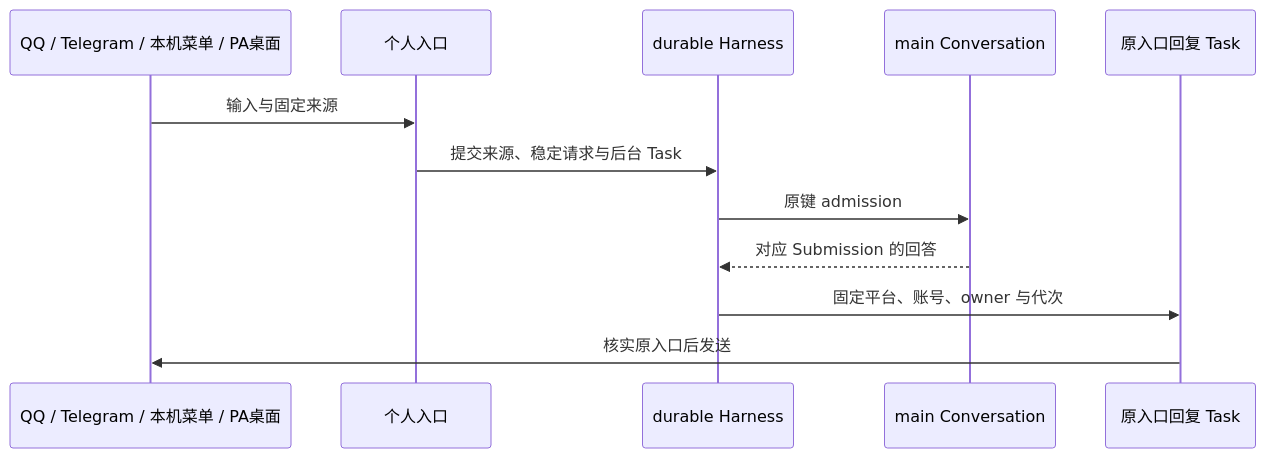
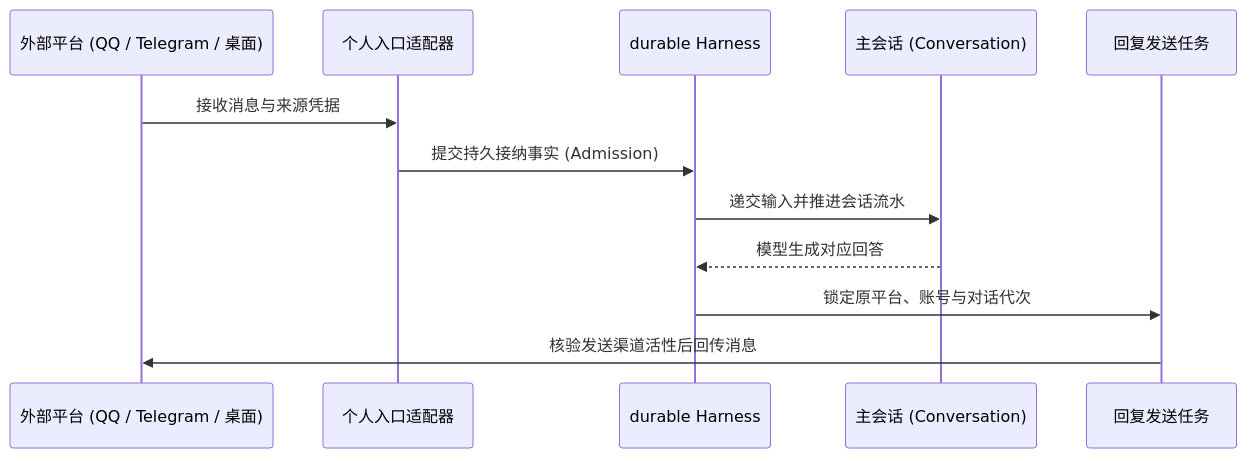
One commit to num-lab/Ruukoto changed the second of 4 diagrams in docs/architecture.md. Above: the diagram before and after it, drawn with Mermaid. The commit also changed other lines of this file and 19 other files, not shown here.

````diff
--- a/docs/architecture.md
+++ b/docs/architecture.md
@@ -70,14 +69,15 @@
 ```mermaid
 sequenceDiagram
-  participant P as QQ / Telegram / 本机菜单 / PA桌面
-  participant A as 个人入口
-  participant H as durable Harness
-  participant M as main Conversation
-  participant R as 原入口回复 Task
-  P->>A: 输入与固定来源
-  A->>H: 提交来源、稳定请求与后台 Task
-  H->>M: 原键 admission
-  M-->>H: 对应 Submission 的回答
-  H->>R: 固定平台、账号、owner 与代次
-  R->>P: 核实原入口后发送
+  participant Platform as 外部平台 (QQ / Telegram / 桌面)
+  participant Inbound as 个人入口适配器
+  participant Harness as durable Harness
+  participant Conv as 主会话 (Conversation)
+  participant ReplyTask as 回复发送任务
+
+  Platform->>Inbound: 接收消息与来源凭据
+  Inbound->>Harness: 提交持久接纳事实 (Admission)
+  Harness->>Conv: 递交输入并推进会话流水
+  Conv-->>Harness: 模型生成对应回答
+  Harness->>ReplyTask: 锁定原平台、账号与对话代次
+  ReplyTask->>Platform: 核验发送渠道活性后回传消息
 ```
````
